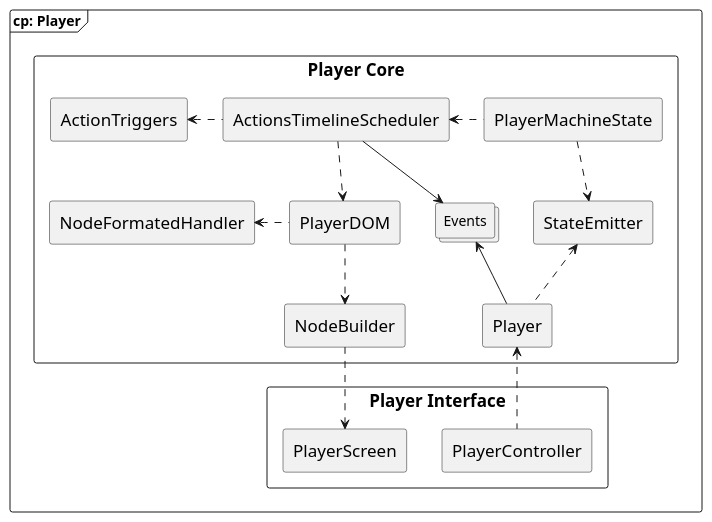
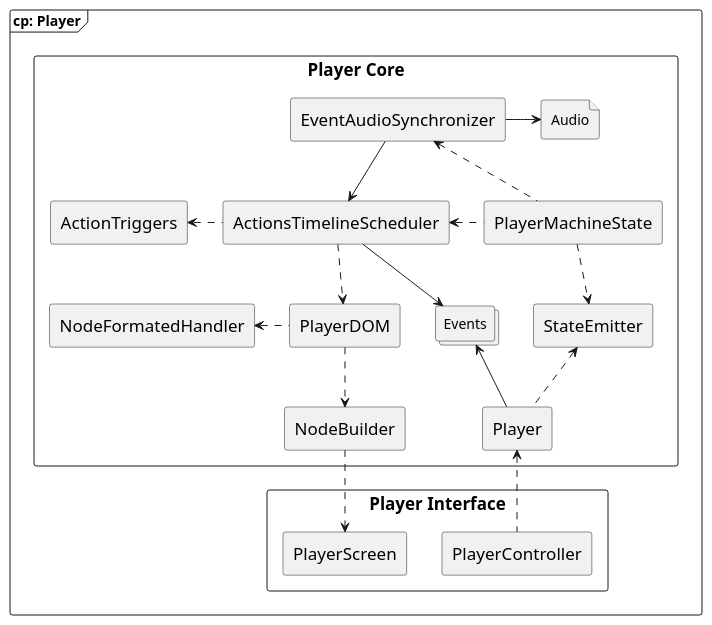
One commit to SSMM0498/arkad-conception changed the diagram in models/6.Component/2.player.puml. Above: the diagram before and after it, drawn with PlantUML. The commit also changed 3 other files, not shown here.

```diff
--- a/models/6.Component/2.player.puml
+++ b/models/6.Component/2.player.puml
@@ -1,30 +1,35 @@
 @startuml "Player Component Diagram"
 skinparam shadowing false
 skinparam monochrome true
 skinparam componentStyle rectangle
 skinparam component {
   FontSize 17
 }
 
 frame "cp: Player" {
     component "Player Core" {
         [PlayerMachineState] .left.> [ActionsTimelineScheduler]
         [ActionsTimelineScheduler] .left.> [ActionTriggers]
         [Player] .up.> [StateEmitter]
         [StateEmitter] <.up. [PlayerMachineState]
         [ActionsTimelineScheduler] .down.> [PlayerDOM]
         [PlayerDOM] .down.> [NodeBuilder]
         [PlayerDOM] .left.> [NodeFormatedHandler]
         collections Events
+        file Audio
         Player -up-> Events
         ActionsTimelineScheduler -down-> Events
+        [EventAudioSynchronizer] -down-> ActionsTimelineScheduler
+        [EventAudioSynchronizer] -right-> Audio
+        [EventAudioSynchronizer] <.down. PlayerMachineState
     }
 
     component "Player Interface" {
         [PlayerScreen]
         [PlayerController]
     }
+
     [PlayerScreen] <.up. [NodeBuilder]
     [PlayerController] .up.> [Player]
 }
 @enduml
```
